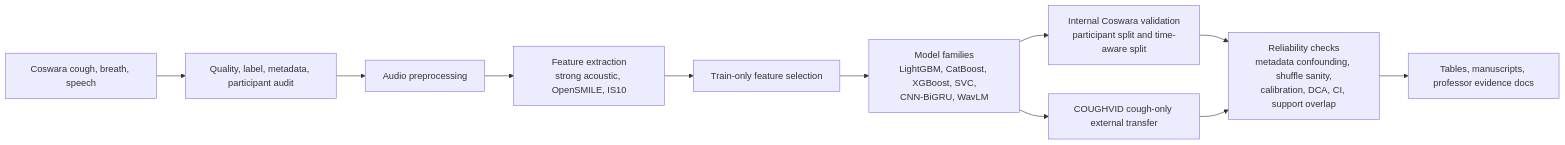
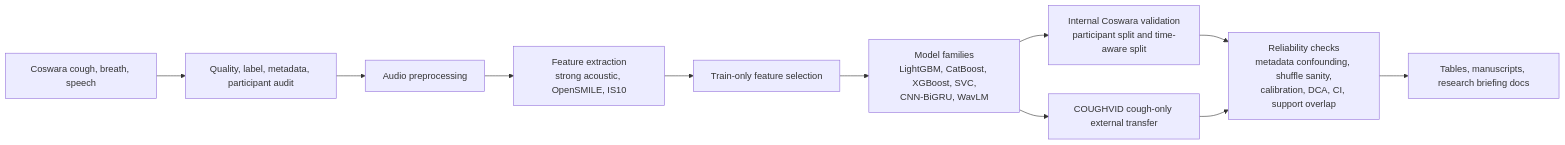
The diagram in README.md (nishantharkut/Covid-RARS), drawn with Mermaid before and after one commit. The commit also changed other lines of this file and 9 other files, not shown here.

Commit message:
Rename research briefing docs

````diff
--- a/README.md
+++ b/README.md
@@ -101,13 +101,13 @@
 ```mermaid
 flowchart LR
     A["Coswara cough, breath, speech"] --> B["Quality, label, metadata, participant audit"]
     B --> C["Audio preprocessing"]
     C --> D["Feature extraction<br/>strong acoustic, OpenSMILE, IS10"]
     D --> E["Train-only feature selection"]
     E --> F["Model families<br/>LightGBM, CatBoost, XGBoost, SVC,<br/>CNN-BiGRU, WavLM"]
     F --> G["Internal Coswara validation<br/>participant split and time-aware split"]
     F --> H["COUGHVID cough-only external transfer"]
     G --> I["Reliability checks<br/>metadata confounding, shuffle sanity,<br/>calibration, DCA, CI, support overlap"]
     H --> I
-    I --> J["Tables, manuscripts, professor evidence docs"]
+    I --> J["Tables, manuscripts, research briefing docs"]
 ```
````
